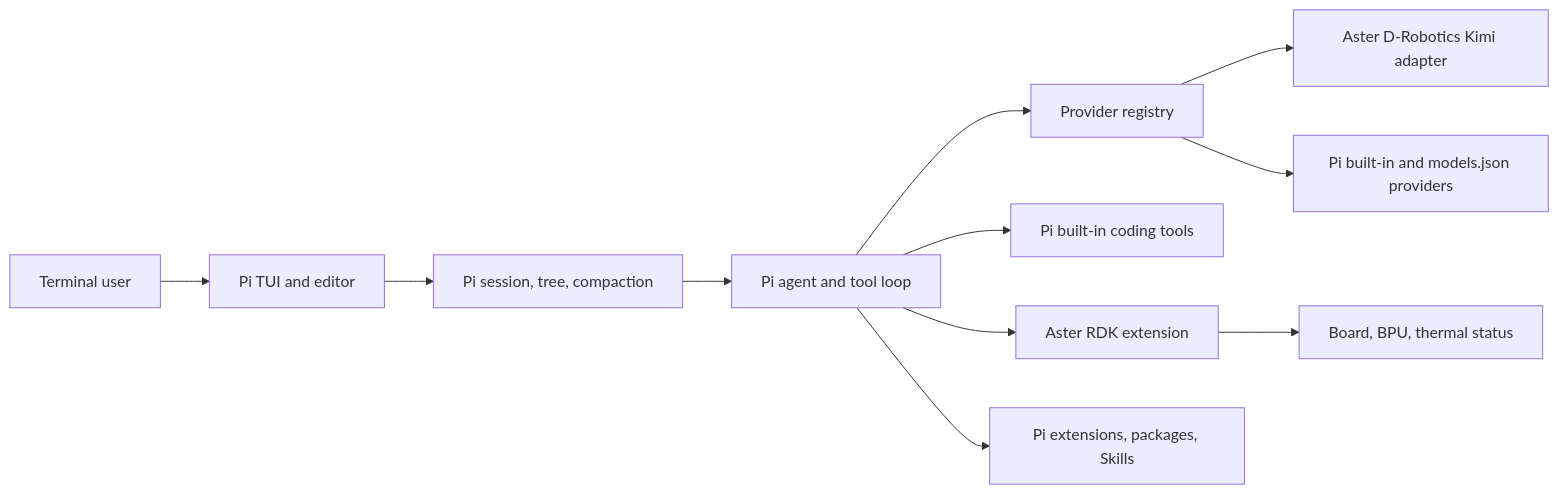
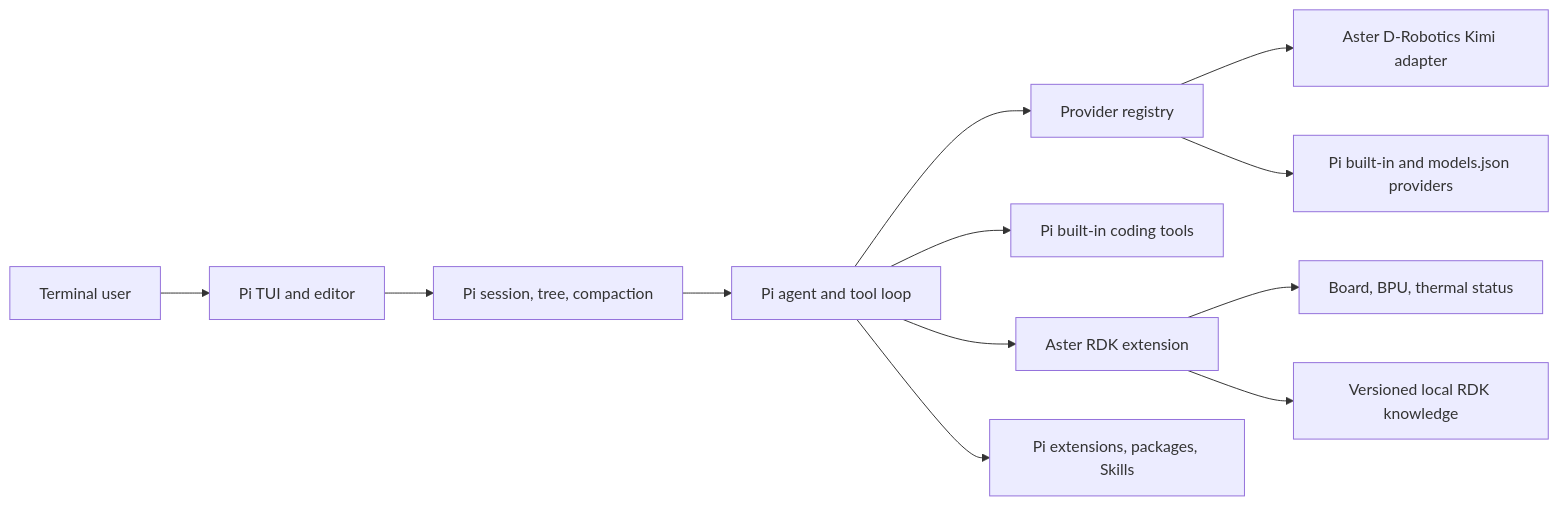
The diagram in docs/architecture.md (Kyrie-w8/hobot-code), drawn with Mermaid before and after one commit. The commit also changed other lines of this file and 18 other files, not shown here.

Commit message:
feat: add versioned RDK board knowledge

````diff
--- a/docs/architecture.md
+++ b/docs/architecture.md
@@ -5,13 +5,14 @@
 ```mermaid
 flowchart LR
   U["Terminal user"] --> T["Pi TUI and editor"]
   T --> S["Pi session, tree, compaction"]
   S --> A["Pi agent and tool loop"]
   A --> P["Provider registry"]
   P --> K["Aster D-Robotics Kimi adapter"]
   P --> V["Pi built-in and models.json providers"]
   A --> B["Pi built-in coding tools"]
   A --> R["Aster RDK extension"]
   R --> H["Board, BPU, thermal status"]
+  R --> D["Versioned local RDK knowledge"]
   A --> X["Pi extensions, packages, Skills"]
 ```
````
